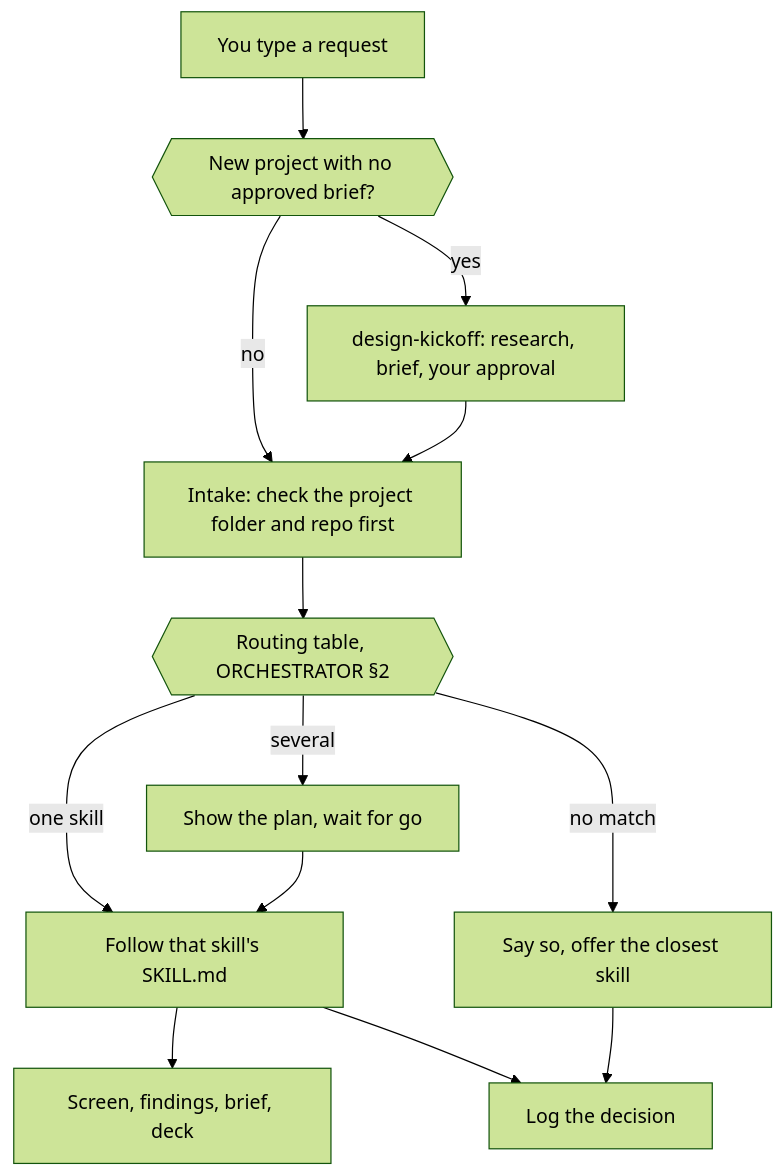
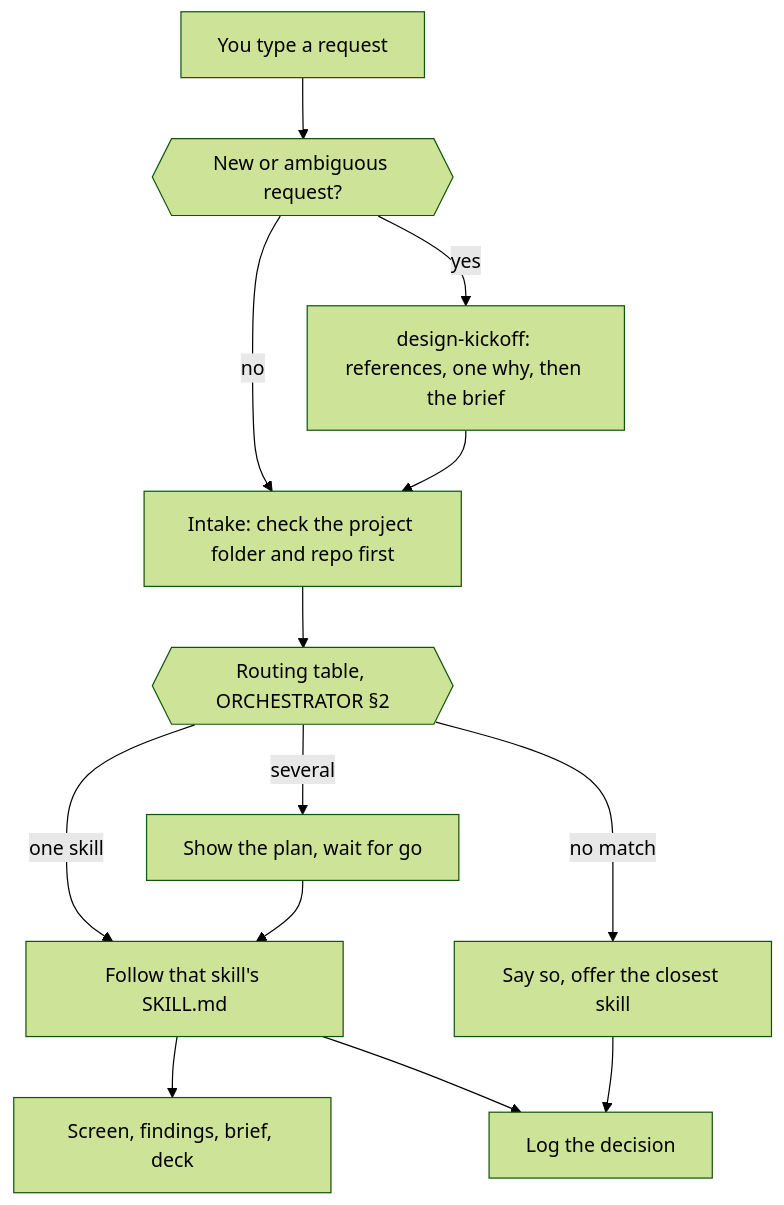
One commit to marcopslopes/Designharness changed the diagram in documentation/guides/how-the-harness-works.md. Above: the diagram before and after it, drawn with Mermaid (forest theme). The commit also changed other lines of this file and 105 other files, not shown here.

````diff
--- a/documentation/guides/how-the-harness-works.md
+++ b/documentation/guides/how-the-harness-works.md
@@ -12,14 +12,14 @@
 ```mermaid
 flowchart TD
-    A["You type a request"] --> K{{"New project with no approved brief?"}}
-    K -->|yes| DK["design-kickoff: research, brief, your approval"]
+    A["You type a request"] --> K{{"New or ambiguous request?"}}
+    K -->|yes| DK["design-kickoff: references, one why, then the brief"]
     K -->|no| C["Intake: check the project folder and repo first"]
     DK --> C
     C --> D{{"Routing table, ORCHESTRATOR §2"}}
     D -->|one skill| S["Follow that skill's SKILL.md"]
     D -->|several| PL["Show the plan, wait for go"] --> S
     D -->|no match| F["Say so, offer the closest skill"]
     S --> R["Screen, findings, brief, deck"]
     S --> L["Log the decision"]
     F --> L
 ```
````
